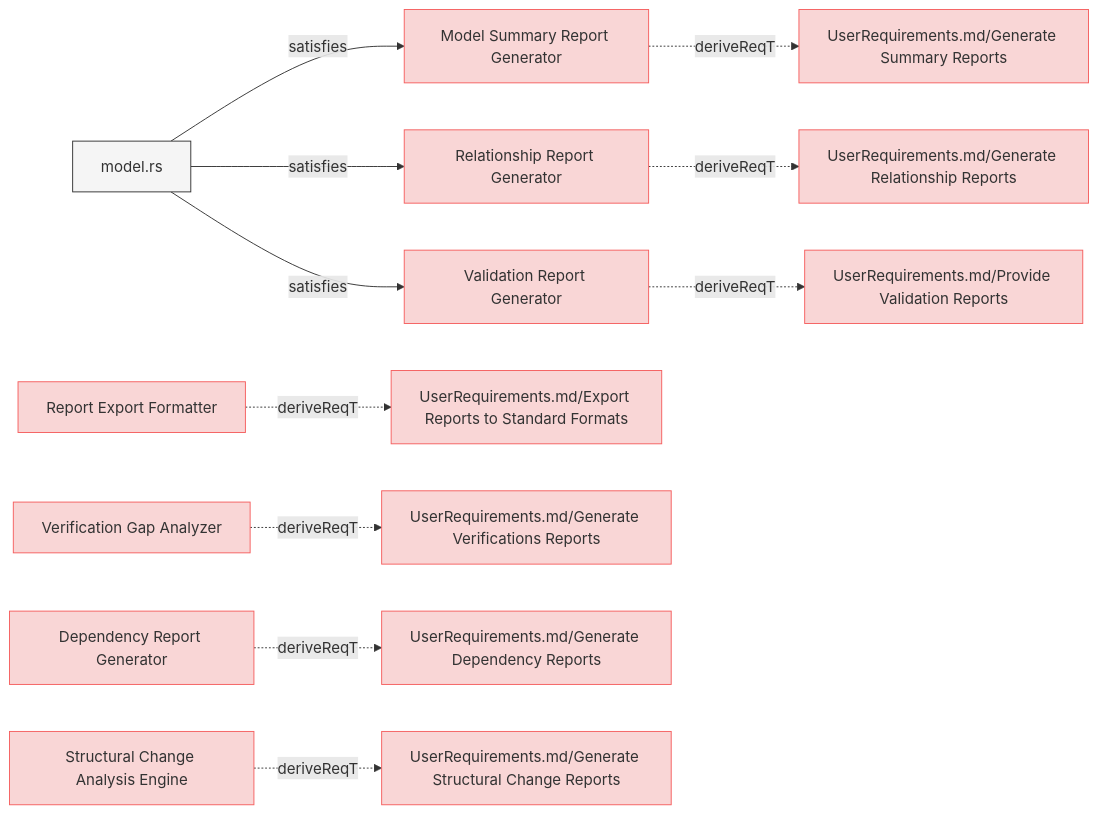
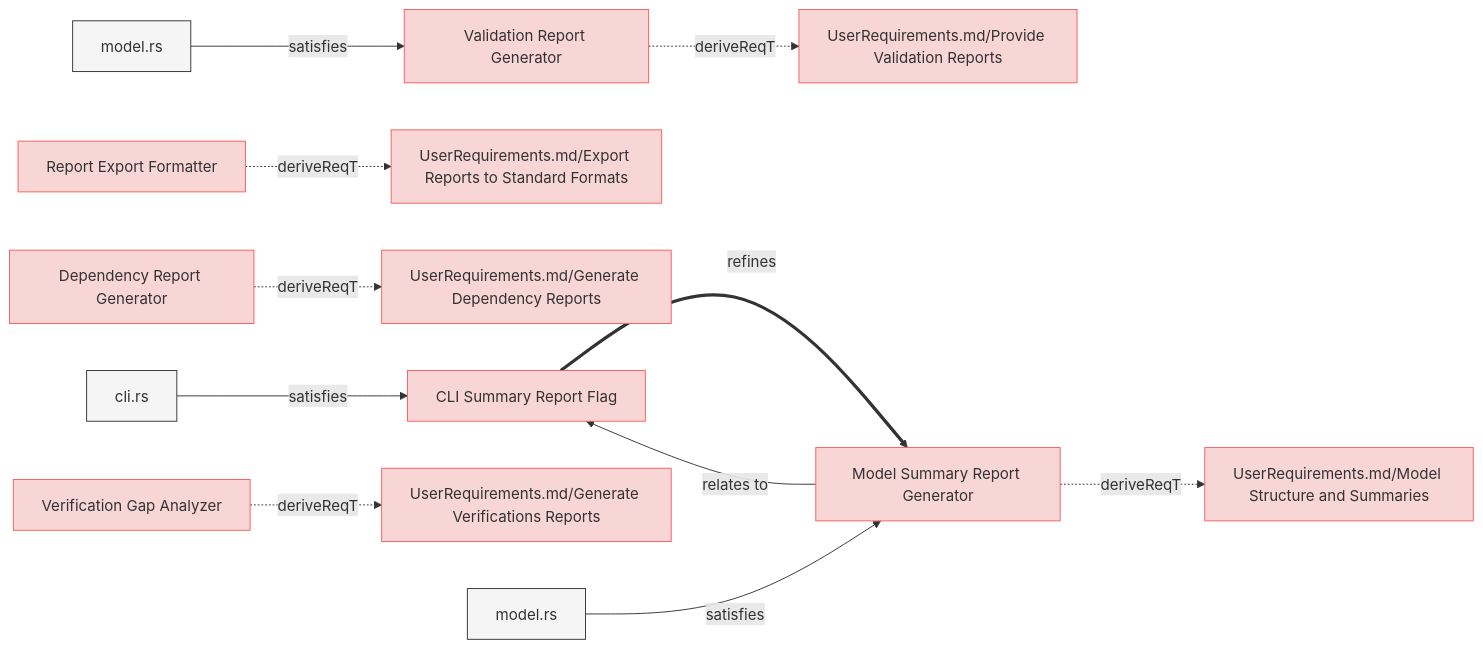
One commit to reqvire-org/reqvire changed the eighth of 8 diagrams in specifications/SystemRequirements/Requirements.md. Above: the diagram before and after it, drawn with Mermaid. The commit also changed other lines of this file and 11 other files, not shown here.

````diff
--- a/specifications/SystemRequirements/Requirements.md
+++ b/specifications/SystemRequirements/Requirements.md
@@ -1005,63 +995,61 @@
 ```mermaid
 graph LR;
   %% Graph styling
   classDef requirement fill:#f9d6d6,stroke:#f55f5f,stroke-width:1px;
   classDef verification fill:#d6f9d6,stroke:#5fd75f,stroke-width:1px;
   classDef externalLink fill:#d0e0ff,stroke:#3080ff,stroke-width:1px;
   classDef default fill:#f5f5f5,stroke:#333333,stroke-width:1px;
-  cccd4e46e2["Model Summary Report Generator"];
-  click cccd4e46e2 "Requirements.md#model-summary-report-generator";
-  class cccd4e46e2 requirement;
-  596c459d31["UserRequirements.md/Generate Summary Reports"];
-  class 596c459d31 requirement;
-  click 596c459d31 "../UserRequirements.md#generate-summary-reports";
-  cccd4e46e2 -.->|deriveReqT| 596c459d31;
+
+  143766be8c["Validation Report Generator"];
+  click 143766be8c "Requirements.md#validation-report-generator";
+  class 143766be8c requirement;
+  482c757913["UserRequirements.md/Provide Validation Reports"];
+  class 482c757913 requirement;
+  click 482c757913 "../UserRequirements.md#provide-validation-reports";
+  143766be8c -.->|deriveReqT| 482c757913;
   74b4dd6a32["model.rs"];
   class 74b4dd6a32 default;
   click 74b4dd6a32 "../../src/model.rs";
-  74b4dd6a32 -->|satisfies| cccd4e46e2;
-  22d26e4d5c["Relationship Report Generator"];
-  click 22d26e4d5c "Requirements.md#relationship-report-generator";
-  class 22d26e4d5c requirement;
-  5c96cb8685["UserRequirements.md/Generate Relationship Reports"];
-  class 5c96cb8685 requirement;
-  click 5c96cb8685 "../UserRequirements.md#generate-relationship-reports";
-  22d26e4d5c -.->|deriveReqT| 5c96cb8685;
-  74b4dd6a32 -->|satisfies| 22d26e4d5c;
+  74b4dd6a32 -->|satisfies| 143766be8c;
   2ccb7e5510["Report Export Formatter"];
   click 2ccb7e5510 "Requirements.md#report-export-formatter";
   class 2ccb7e5510 requirement;
   2afa7f3a20["UserRequirements.md/Export Reports to Standard Formats"];
   class 2afa7f3a20 requirement;
   click 2afa7f3a20 "../UserRequirements.md#export-reports-to-standard-formats";
   2ccb7e5510 -.->|deriveReqT| 2afa7f3a20;
+  57cbef16c5["Dependency Report Generator"];
+  click 57cbef16c5 "Requirements.md#dependency-report-generator";
+  class 57cbef16c5 requirement;
+  812d42f453["UserRequirements.md/Generate Dependency Reports"];
+  class 812d42f453 requirement;
+  click 812d42f453 "../UserRequirements.md#generate-dependency-reports";
+  57cbef16c5 -.->|deriveReqT| 812d42f453;
+  6f86272134["CLI Summary Report Flag"];
+  click 6f86272134 "Requirements.md#cli-summary-report-flag";
+  class 6f86272134 requirement;
+  cccd4e46e2["Model Summary Report Generator"];
+  class cccd4e46e2 requirement;
+  click cccd4e46e2 "Requirements.md#model-summary-report-generator";
+  6f86272134 ==>|refines| cccd4e46e2;
+  6b749da146["cli.rs"];
+  class 6b749da146 default;
+  click 6b749da146 "../../src/cli.rs";
+  6b749da146 -->|satisfies| 6f86272134;
   d842bc0e30["Verification Gap Analyzer"];
   click d842bc0e30 "Requirements.md#verification-gap-analyzer";
   class d842bc0e30 requirement;
   d0e9e8d143["UserRequirements.md/Generate Verifications Reports"];
   class d0e9e8d143 requirement;
   click d0e9e8d143 "../UserRequirements.md#generate-verifications-reports";
   d842bc0e30 -.->|deriveReqT| d0e9e8d143;
-  143766be8c["Validation Report Generator"];
-  click 143766be8c "Requirements.md#validation-report-generator";
-  class 143766be8c requirement;
-  482c757913["UserRequirements.md/Provide Validation Reports"];
-  class 482c757913 requirement;
-  click 482c757913 "../UserRequirements.md#provide-validation-reports";
-  143766be8c -.->|deriveReqT| 482c757913;
-  74b4dd6a32 -->|satisfies| 143766be8c;
-  57cbef16c5["Dependency Report Generator"];
-  click 57cbef16c5 "Requirements.md#dependency-report-generator";
-  class 57cbef16c5 requirement;
-  812d42f453["UserRequirements.md/Generate Dependency Reports"];
-  class 812d42f453 requirement;
-  click 812d42f453 "../UserRequirements.md#generate-dependency-reports";
-  57cbef16c5 -.->|deriveReqT| 812d42f453;
-  3e181ceb83["Structural Change Analysis Engine"];
-  click 3e181ceb83 "Requirements.md#structural-change-analysis-engine";
-  class 3e181ceb83 requirement;
-  6a2d21600e["UserRequirements.md/Generate Structural Change Reports"];
-  class 6a2d21600e requirement;
-  click 6a2d21600e "../UserRequirements.md#generate-structural-change-reports";
-  3e181ceb83 -.->|deriveReqT| 6a2d21600e;
+  b342220e0d["UserRequirements.md/Model Structure and Summaries"];
+  class b342220e0d requirement;
+  click b342220e0d "../UserRequirements.md#model-structure-and-summaries";
+  cccd4e46e2 -.->|deriveReqT| b342220e0d;
+  92beeed745["model.rs"];
+  class 92beeed745 default;
+  click 92beeed745 "../../src/reports.rs";
+  92beeed745 -->|satisfies| cccd4e46e2;
+  cccd4e46e2 -->|relates to| 6f86272134;
 ```
````
